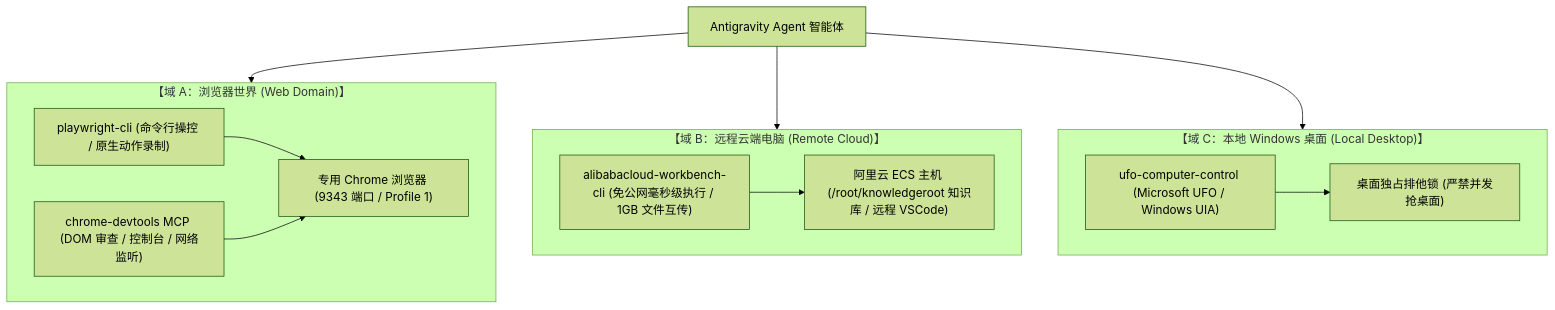
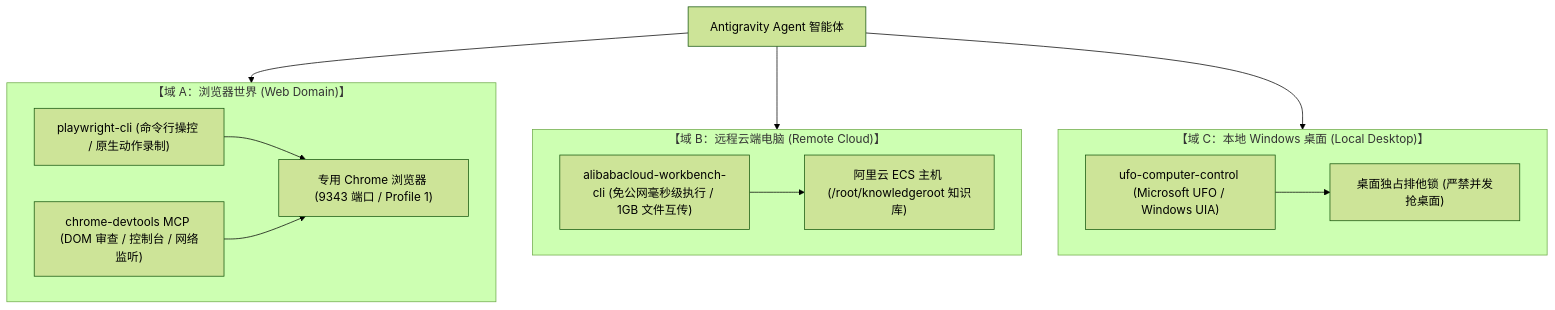
One commit to vd249175-cpu/GSDK changed the diagram in REFERENCE/workflow/skills-and-mcp-tooling.md. Above: the diagram before and after it, drawn with Mermaid (forest theme). The commit also changed other lines of this file and 5 other files, not shown here.

````diff
--- a/REFERENCE/workflow/skills-and-mcp-tooling.md
+++ b/REFERENCE/workflow/skills-and-mcp-tooling.md
@@ -19,28 +19,28 @@
 ```mermaid
 flowchart TD
     Agent["Antigravity Agent 智能体"]
     
     subgraph S1["【域 A：浏览器世界 (Web Domain)】"]
         Browser["专用 Chrome 浏览器 (9343 端口 / Profile 1)"]
         PCLI["playwright-cli (命令行操控 / 原生动作录制)"]
         CDTMCP["chrome-devtools MCP (DOM 审查 / 控制台 / 网络监听)"]
         PCLI --> Browser
         CDTMCP --> Browser
     end
     
     subgraph S2["【域 B：远程云端电脑 (Remote Cloud)】"]
         WCLI["alibabacloud-workbench-cli (免公网毫秒级执行 / 1GB 文件互传)"]
-        ECS["阿里云 ECS 主机 (/root/knowledgeroot 知识库 / 远程 VSCode)"]
+        ECS["阿里云 ECS 主机 (/root/knowledgeroot 知识库)"]
         WCLI --> ECS
     end
     
     subgraph S3["【域 C：本地 Windows 桌面 (Local Desktop)】"]
         UFO["ufo-computer-control (Microsoft UFO / Windows UIA)"]
         ExclusiveLock["桌面独占排他锁 (严禁并发抢桌面)"]
         UFO --> ExclusiveLock
     end
 
     Agent --> S1
     Agent --> S2
     Agent --> S3
 ```
````
